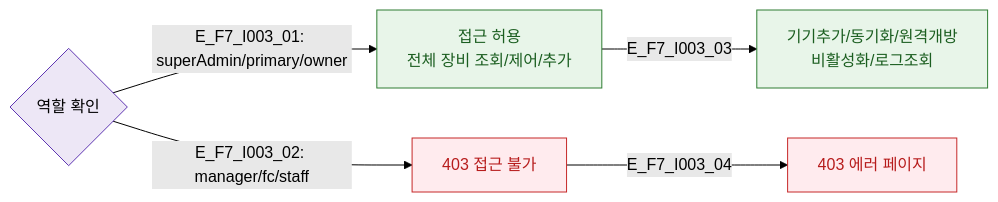
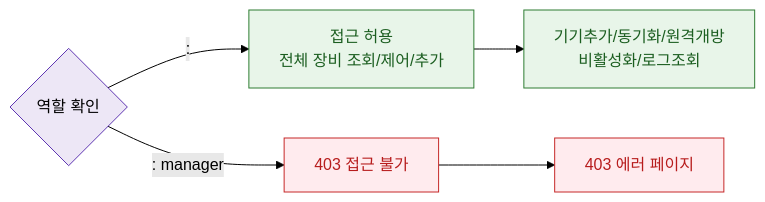
Before and after one commit to dev-spogym/admin-pando: the diagram in docs/다이어그램/D11_통합운영/SCR-I003_IoT연동관리/F7_권한.md, drawn with Mermaid (forest theme). The commit also changed other lines of this file and 1660 other files, not shown here.

First line of the commit message:
다이어그램: 기획자/클라이언트 납품본으로 정리

````diff
--- a/docs/다이어그램/D11_통합운영/SCR-I003_IoT연동관리/F7_권한.md
+++ b/docs/다이어그램/D11_통합운영/SCR-I003_IoT연동관리/F7_권한.md
@@ -16,16 +14,16 @@
 ```mermaid
 flowchart LR
     ROLE{역할 확인}
-    ROLE -->|"E_F7_I003_01: superAdmin/primary/owner"| ALLOWED[접근 허용\n전체 장비 조회/제어/추가]
-    ROLE -->|"E_F7_I003_02: manager/fc/staff"| BLOCKED[403 접근 불가]
+    ROLE -->|": "|ALLOWED[접근 허용\n전체 장비 조회/제어/추가]
+    ROLE -->|": manager"|BLOCKED[403 접근 불가]
 
-    ALLOWED -->|E_F7_I003_03| ACT_FULL[기기추가/동기화/원격개방\n비활성화/로그조회]
-    BLOCKED -->|E_F7_I003_04| ERR[403 에러 페이지]
+    ALLOWED --> ACT_FULL[기기추가/동기화/원격개방\n비활성화/로그조회]
+    BLOCKED --> ERR[403 에러 페이지]
 
-    classDef success      fill:#E8F5E9,stroke:#2E7D32,color:#1B5E20
-    classDef error        fill:#FFEBEE,stroke:#C62828,color:#B71C1C
-    classDef system       fill:#EDE7F6,stroke:#5E35B2
+    classDef success fill:#E8F5E9,stroke:#2E7D32,color:#1B5E20
+    classDef error fill:#FFEBEE,stroke:#C62828,color:#B71C1C
+    classDef system fill:#EDE7F6,stroke:#5E35B2
     class ALLOWED,ACT_FULL success
     class BLOCKED,ERR error
     class ROLE system
 ```
````
